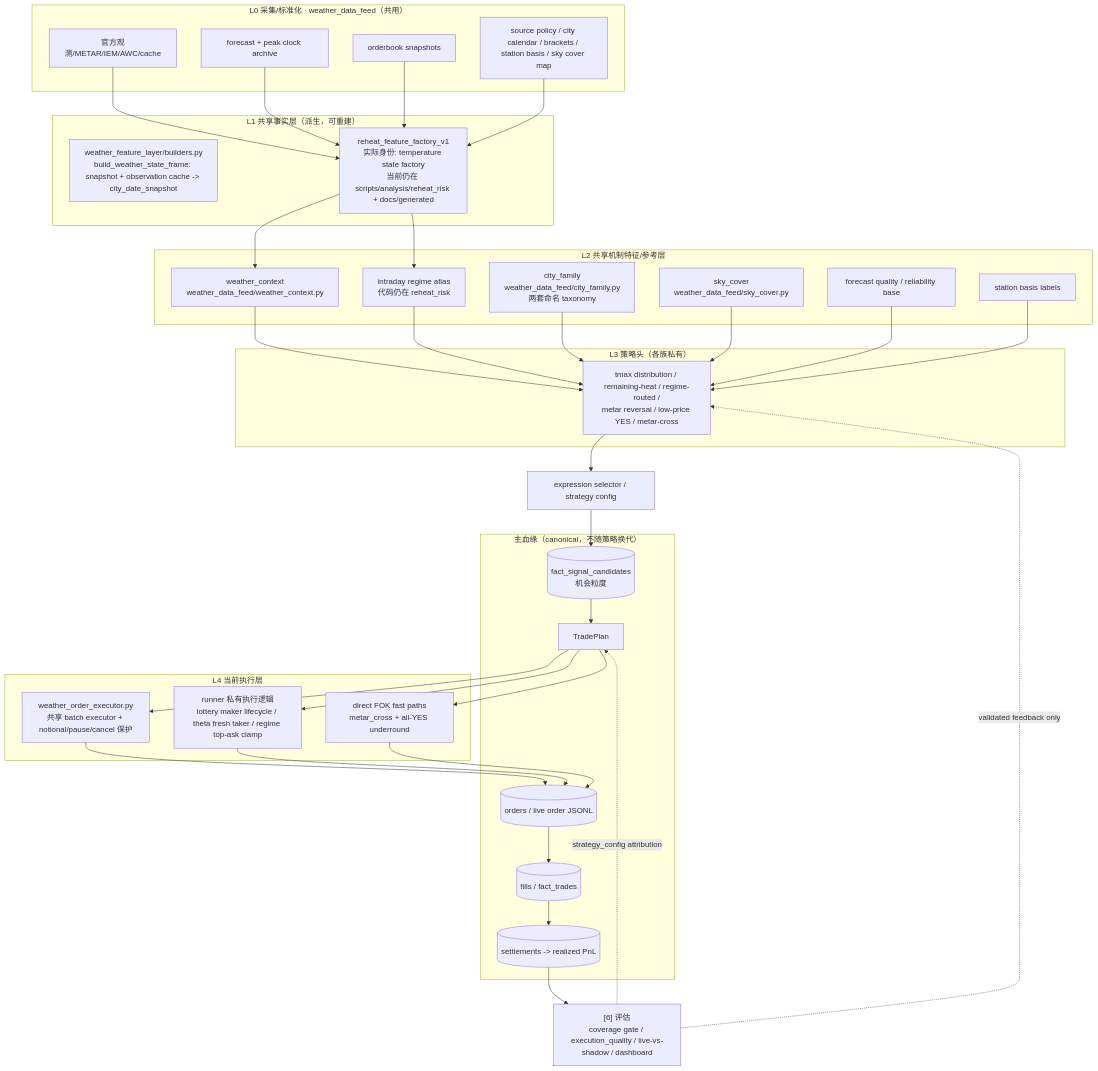
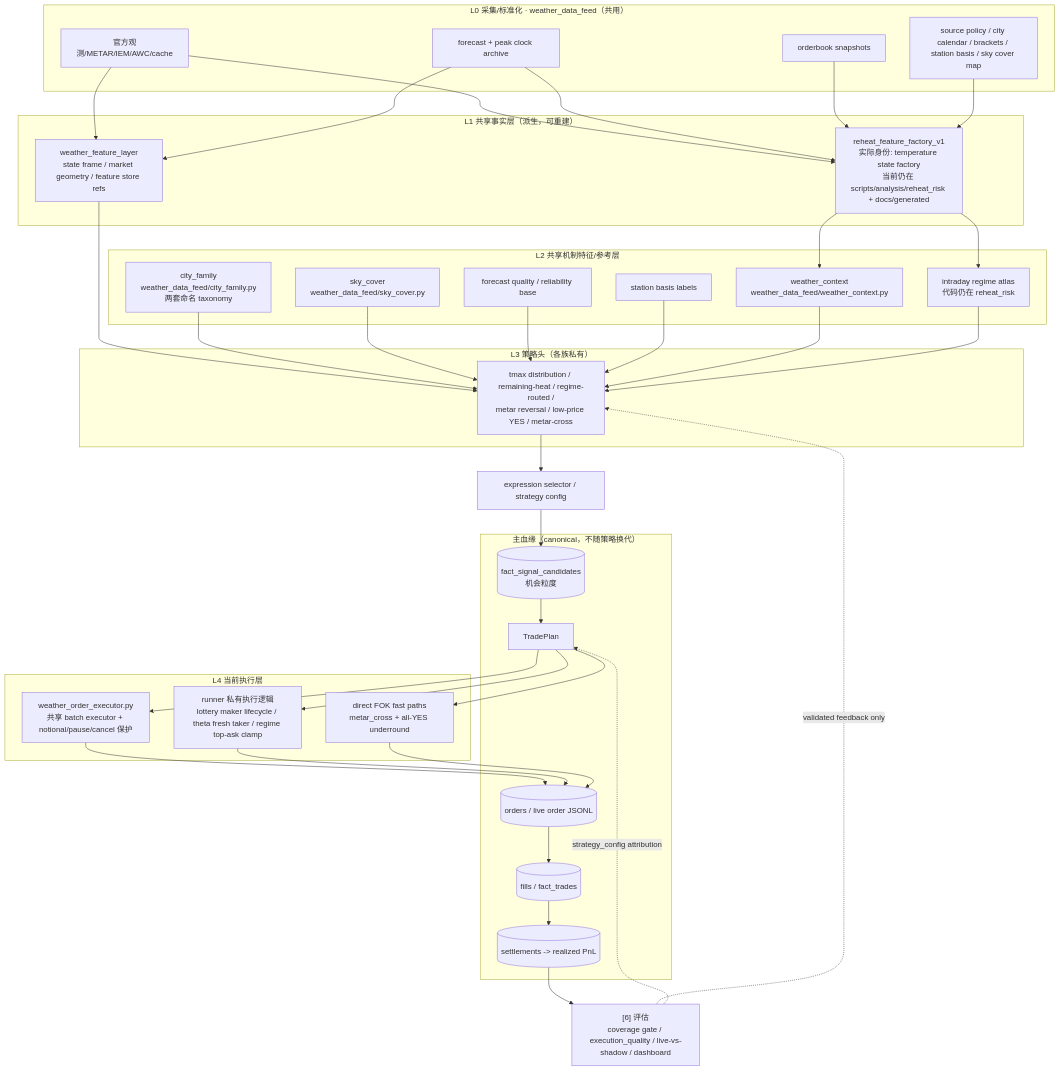
The diagram in docs/WEATHER_ARCHITECTURE_SPINE.md (jiaruihz/pm_agents), drawn with Mermaid before and after one commit. The commit also changed other lines of this file and 2 other files, not shown here.

Commit message:
Clarify weather feature layer live boundary

````diff
--- a/docs/WEATHER_ARCHITECTURE_SPINE.md
+++ b/docs/WEATHER_ARCHITECTURE_SPINE.md
@@ -18,57 +18,59 @@
 ```mermaid
 flowchart TB
   subgraph L0["L0 采集/标准化 · weather_data_feed（共用）"]
     OBS["官方观测/METAR/IEM/AWC/cache"]
     FCS["forecast + peak clock archive"]
     OBK["orderbook snapshots"]
     GOV["source policy / city calendar / brackets / station basis / sky cover map"]
   end
 
   subgraph L1["L1 共享事实层（派生，可重建）"]
-    WFL["weather_feature_layer/builders.py<br/>build_weather_state_frame: snapshot + observation cache -> city_date_snapshot"]
+    WFL["weather_feature_layer<br/>state frame / market geometry / feature store refs"]
     TSF["reheat_feature_factory_v1<br/>实际身份: temperature state factory<br/>当前仍在 scripts/analysis/reheat_risk + docs/generated"]
   end
 
   subgraph L2["L2 共享机制特征/参考层"]
     WC["weather_context<br/>weather_data_feed/weather_context.py"]
     ATLAS["intraday regime atlas<br/>代码仍在 reheat_risk"]
     CF["city_family<br/>weather_data_feed/city_family.py<br/>两套命名 taxonomy"]
     SKY["sky_cover<br/>weather_data_feed/sky_cover.py"]
     FQ["forecast quality / reliability base"]
     SB["station basis labels"]
   end
 
   subgraph L3["L3 策略头（各族私有）"]
     HEADS["tmax distribution / remaining-heat / regime-routed /<br/>metar reversal / low-price YES / metar-cross"]
   end
 
   EXPR["expression selector / strategy config"]
 
   subgraph SPINE["主血缘（canonical，不随策略换代）"]
     SC[("fact_signal_candidates<br/>机会粒度")]
     PLAN["TradePlan"]
     ORD[("orders / live order JSONL")]
     FILL[("fills / fact_trades")]
     SETT[("settlements -> realized PnL")]
   end
 
   subgraph L4["L4 当前执行层"]
     EXEC["weather_order_executor.py<br/>共享 batch executor + notional/pause/cancel 保护"]
     PRIVATE["runner 私有执行逻辑<br/>lottery maker lifecycle / theta fresh taker / regime top-ask clamp"]
     FAST["direct FOK fast paths<br/>metar_cross + all-YES underround"]
   end
 
   EVAL["[6] 评估<br/>coverage gate / execution_quality / live-vs-shadow / dashboard"]
 
   OBS & FCS & OBK & GOV --> TSF
+  OBS & FCS --> WFL
+  WFL --> HEADS
   TSF --> WC & ATLAS
   CF & SKY & FQ & SB --> HEADS
   WC & ATLAS --> HEADS
   HEADS --> EXPR --> SC --> PLAN
   PLAN --> EXEC
   PLAN --> PRIVATE
   PLAN --> FAST
   EXEC & PRIVATE & FAST --> ORD --> FILL --> SETT --> EVAL
   EVAL -. "validated feedback only" .-> HEADS
   EVAL -. "strategy_config attribution" .-> PLAN
 ```
````
